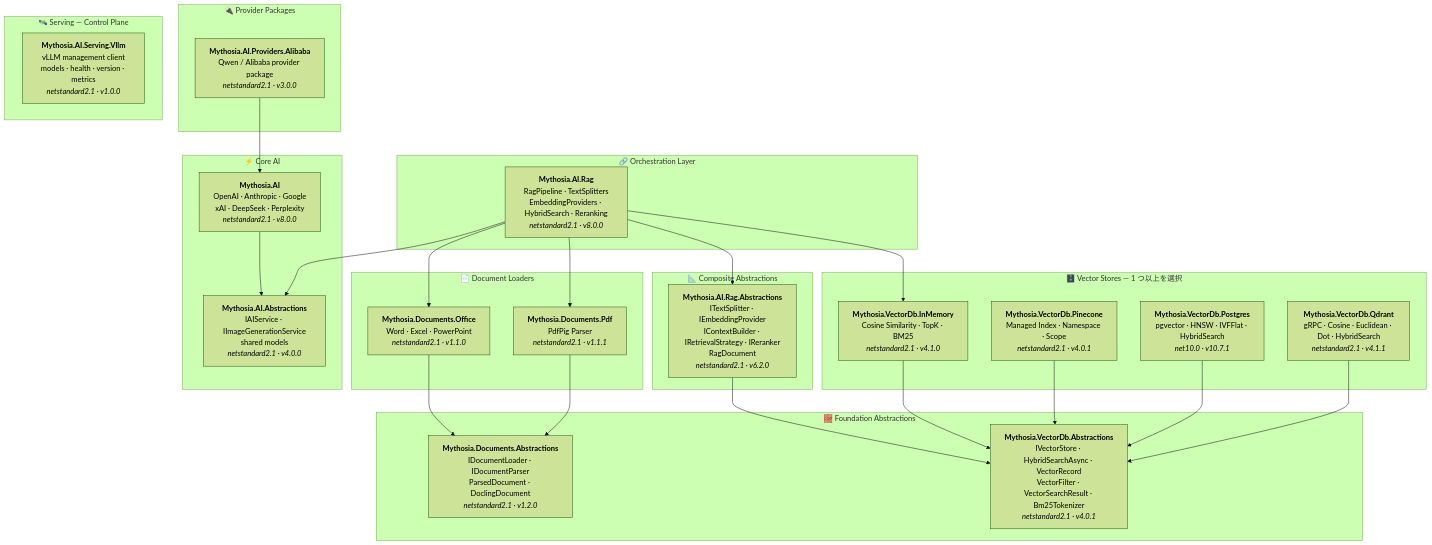
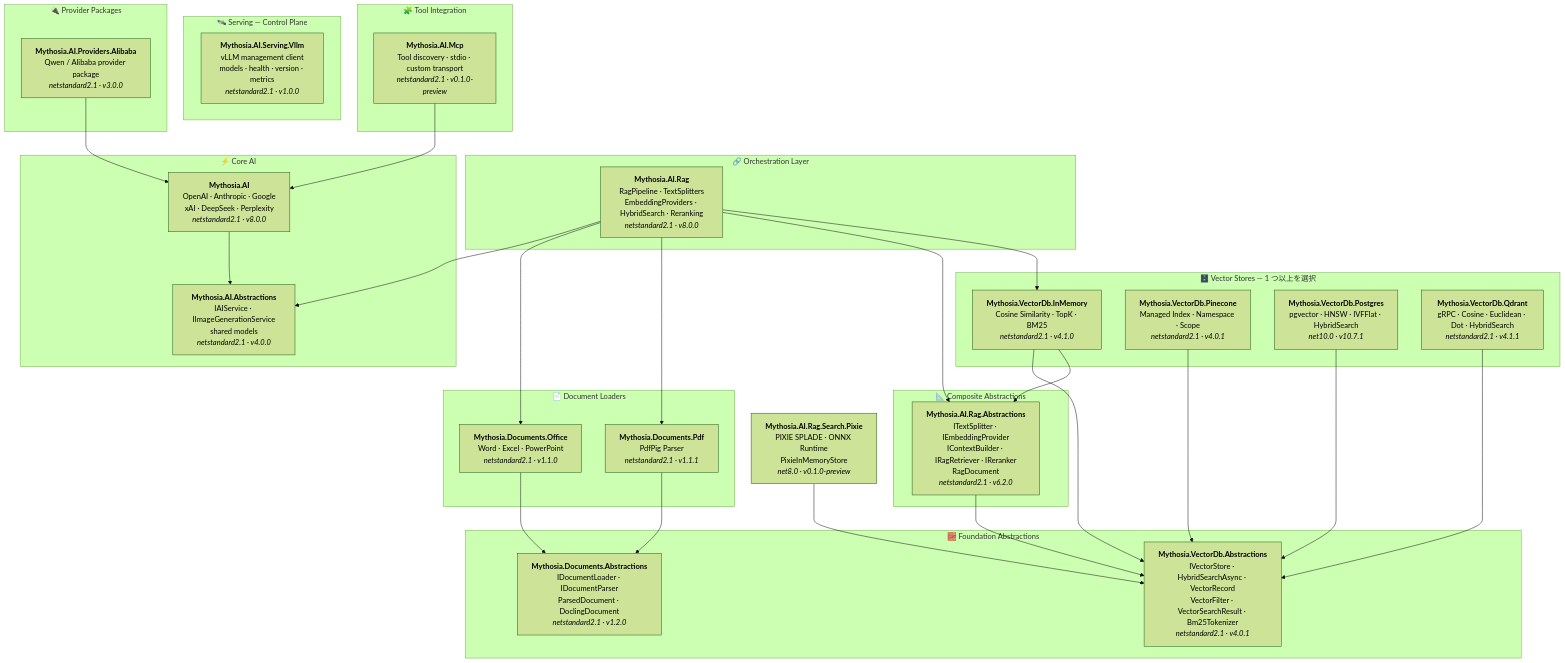
One commit to AJ-comp/Mythosia.AI changed the diagram in docs/ja/README.md. Above: the diagram before and after it, drawn with Mermaid (forest theme). The commit also changed other lines of this file and 639 other files, not shown here.

````diff
--- a/docs/ja/README.md
+++ b/docs/ja/README.md
@@ -54,66 +74,74 @@
 ```mermaid
 graph TD
+    Pixie["<b>Mythosia.AI.Rag.Search.Pixie</b><br/>PIXIE SPLADE · ONNX Runtime<br/>PixieInMemoryStore<br/><i>net8.0 · v0.1.0-preview</i>"]
     subgraph "🔗 Orchestration Layer"
         Rag["<b>Mythosia.AI.Rag</b><br/>RagPipeline · TextSplitters<br/>EmbeddingProviders · HybridSearch · Reranking<br/><i>netstandard2.1 · v8.0.0</i>"]
     end
 
     subgraph "⚡ Core AI"
         AI["<b>Mythosia.AI</b><br/>OpenAI · Anthropic · Google<br/>xAI · DeepSeek · Perplexity<br/><i>netstandard2.1 · v8.0.0</i>"]
         AIAbs["<b>Mythosia.AI.Abstractions</b><br/>IAIService · IImageGenerationService<br/>shared models<br/><i>netstandard2.1 · v4.0.0</i>"]
     end
 
     subgraph "🔌 Provider Packages"
         Alibaba["<b>Mythosia.AI.Providers.Alibaba</b><br/>Qwen / Alibaba provider package<br/><i>netstandard2.1 · v3.0.0</i>"]
     end
 
     subgraph "🛰️ Serving — Control Plane"
         VllmServing["<b>Mythosia.AI.Serving.Vllm</b><br/>vLLM management client<br/>models · health · version · metrics<br/><i>netstandard2.1 · v1.0.0</i>"]
     end
 
+    subgraph "🧩 Tool Integration"
+        Mcp["<b>Mythosia.AI.Mcp</b><br/>Tool discovery · stdio · custom transport<br/><i>netstandard2.1 · v0.1.0-preview</i>"]
+    end
+
     subgraph "📄 Document Loaders"
         Office["<b>Mythosia.Documents.Office</b><br/>Word · Excel · PowerPoint<br/><i>netstandard2.1 · v1.1.0</i>"]
         Pdf["<b>Mythosia.Documents.Pdf</b><br/>PdfPig Parser<br/><i>netstandard2.1 · v1.1.1</i>"]
     end
 
     subgraph "📐 Composite Abstractions"
-        RagAbs["<b>Mythosia.AI.Rag.Abstractions</b><br/>ITextSplitter · IEmbeddingProvider<br/>IContextBuilder · IRetrievalStrategy · IReranker<br/>RagDocument<br/><i>netstandard2.1 · v6.2.0</i>"]
+        RagAbs["<b>Mythosia.AI.Rag.Abstractions</b><br/>ITextSplitter · IEmbeddingProvider<br/>IContextBuilder · IRagRetriever · IReranker<br/>RagDocument<br/><i>netstandard2.1 · v6.2.0</i>"]
     end
 
     subgraph "🗄️ Vector Stores — 1 つ以上を選択"
         InMem["<b>Mythosia.VectorDb.InMemory</b><br/>Cosine Similarity · TopK · BM25<br/><i>netstandard2.1 · v4.1.0</i>"]
         Pine["<b>Mythosia.VectorDb.Pinecone</b><br/>Managed Index · Namespace · Scope<br/><i>netstandard2.1 · v4.0.1</i>"]
         Pg["<b>Mythosia.VectorDb.Postgres</b><br/>pgvector · HNSW · IVFFlat · HybridSearch<br/><i>net10.0 · v10.7.1</i>"]
         Qd["<b>Mythosia.VectorDb.Qdrant</b><br/>gRPC · Cosine · Euclidean · Dot · HybridSearch<br/><i>netstandard2.1 · v4.1.1</i>"]
     end
 
     subgraph "🧱 Foundation Abstractions"
         LoaderAbs["<b>Mythosia.Documents.Abstractions</b><br/>IDocumentLoader · IDocumentParser<br/>ParsedDocument · DoclingDocument<br/><i>netstandard2.1 · v1.2.0</i>"]
         VdbAbs["<b>Mythosia.VectorDb.Abstractions</b><br/>IVectorStore · HybridSearchAsync · VectorRecord<br/>VectorFilter · VectorSearchResult · Bm25Tokenizer<br/><i>netstandard2.1 · v4.0.1</i>"]
     end
 
     %% Core AI internal
     AI --> AIAbs
 
     %% Orchestration → dependencies
     Rag --> AIAbs
     Rag --> Office
     Rag --> Pdf
     Rag --> RagAbs
     Rag --> InMem
 
     %% Provider packages → core
     Alibaba --> AI
+    Mcp --> AI
 
     %% Composite → Foundation
     RagAbs --> VdbAbs
 
     %% Loaders → Foundation
     Office --> LoaderAbs
     Pdf --> LoaderAbs
 
     %% VectorStores → Foundation
     InMem --> VdbAbs
+    InMem --> RagAbs
     Pine --> VdbAbs
     Pg --> VdbAbs
     Qd --> VdbAbs
+    Pixie --> VdbAbs
 ```
````
